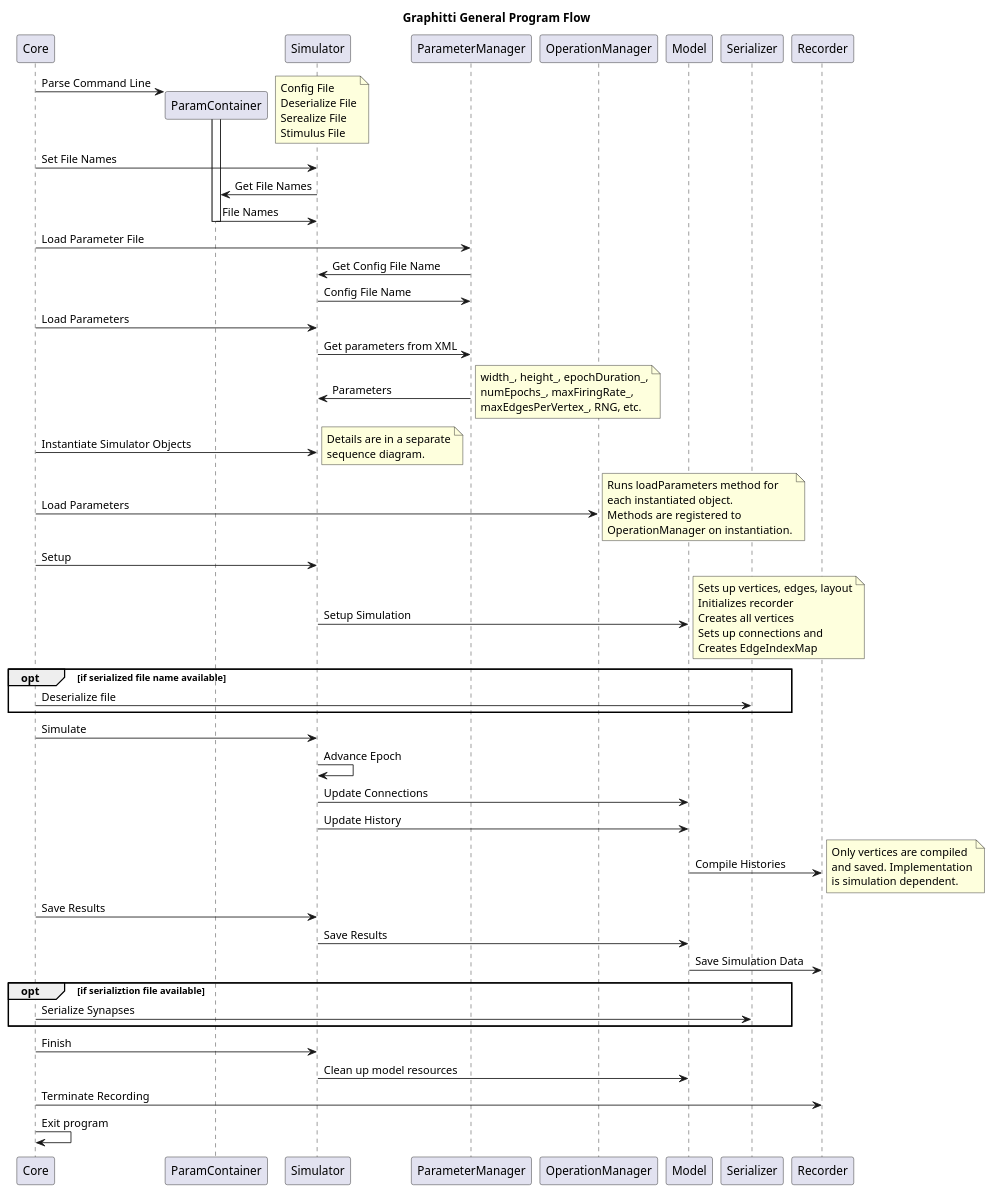
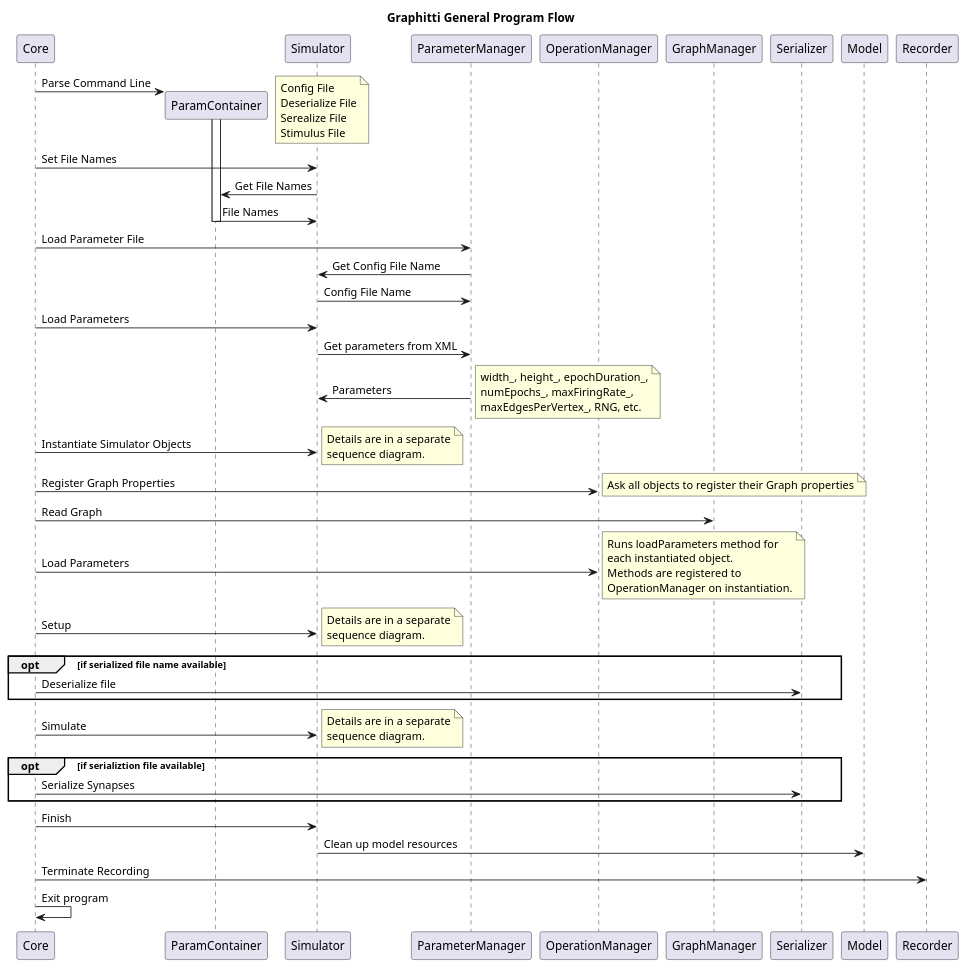
One commit to UWB-Biocomputing/Graphitti changed the diagram in docs/Developer/SequenceDiagrams/topLevelFlow.puml. Above: the diagram before and after it, drawn with PlantUML.

Commit message:
Update topLevelFlow.puml
Updated topLevelFlow.puml to move "simulate" and "setup" into separate sequence diagrams and added GraphManager Logic.

```diff
--- a/docs/Developer/SequenceDiagrams/topLevelFlow.puml
+++ b/docs/Developer/SequenceDiagrams/topLevelFlow.puml
@@ -1,84 +1,79 @@
 @startuml topLevelFlow
 
 title Graphitti General Program Flow
 
 Core -> ParamContainer **: Parse Command Line
 activate ParamContainer
 note right
     Config File
     Deserialize File
     Serealize File
     Stimulus File
 end note
 
 Core -> Simulator: Set File Names
 Simulator -> ParamContainer: Get File Names
 ParamContainer -> Simulator: File Names
 deactivate ParamContainer
 
 Core -> ParameterManager: Load Parameter File
 ParameterManager -> Simulator: Get Config File Name
 Simulator -> ParameterManager: Config File Name
 Core -> Simulator: Load Parameters
 Simulator -> ParameterManager: Get parameters from XML
 ParameterManager -> Simulator: Parameters
 note right
     width_, height_, epochDuration_,
     numEpochs_, maxFiringRate_,
     maxEdgesPerVertex_, RNG, etc.
 end note
 
 Core -> Simulator: Instantiate Simulator Objects
 note right
     Details are in a separate
     sequence diagram.
 end note
 
+Core -> OperationManager: Register Graph Properties
+note right
+    Ask all objects to register their Graph properties
+end note
+
+Core -> GraphManager: Read Graph
+
 ' Expand in a separate diagram
 Core -> OperationManager: Load Parameters
 note right
     Runs loadParameters method for
     each instantiated object.
     Methods are registered to
     OperationManager on instantiation.
 end note
 
 Core -> Simulator: Setup
-Simulator -> Model: Setup Simulation
 note right
-    Sets up vertices, edges, layout
-    Initializes recorder
-    Creates all vertices
-    Sets up connections and
-    Creates EdgeIndexMap
+    Details are in a separate
+    sequence diagram.
 end note
+
 
 opt if serialized file name available
     Core -> Serializer: Deserialize file
 end
 
 Core -> Simulator: Simulate
-Simulator -> Simulator: Advance Epoch
-Simulator -> Model: Update Connections
-Simulator -> Model: Update History
-Model -> Recorder: Compile Histories
 note right
-    Only vertices are compiled
-    and saved. Implementation
-    is simulation dependent.
+    Details are in a separate
+    sequence diagram.
 end note
-
-Core -> Simulator: Save Results
-Simulator -> Model: Save Results
-Model -> Recorder: Save Simulation Data
 
 opt if serializtion file available
     Core -> Serializer: Serialize Synapses
 end
 
 Core -> Simulator: Finish
 Simulator -> Model: Clean up model resources
 Core -> Recorder: Terminate Recording
 Core -> Core: Exit program
 
 @enduml
```
